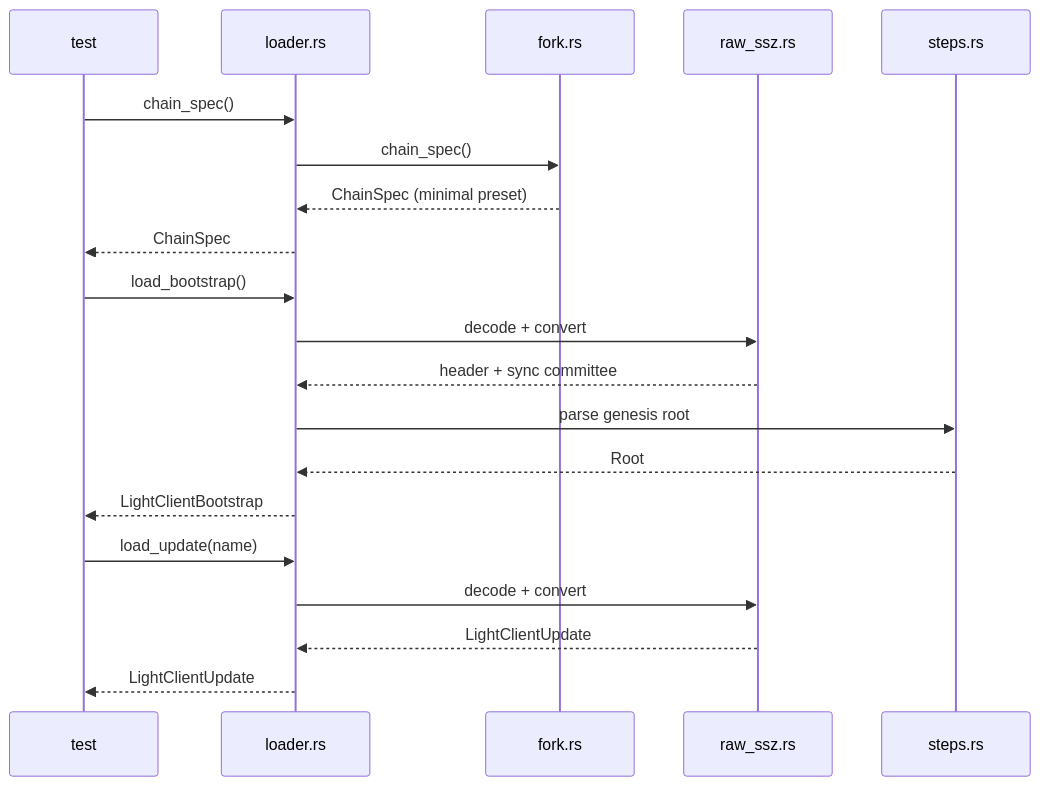
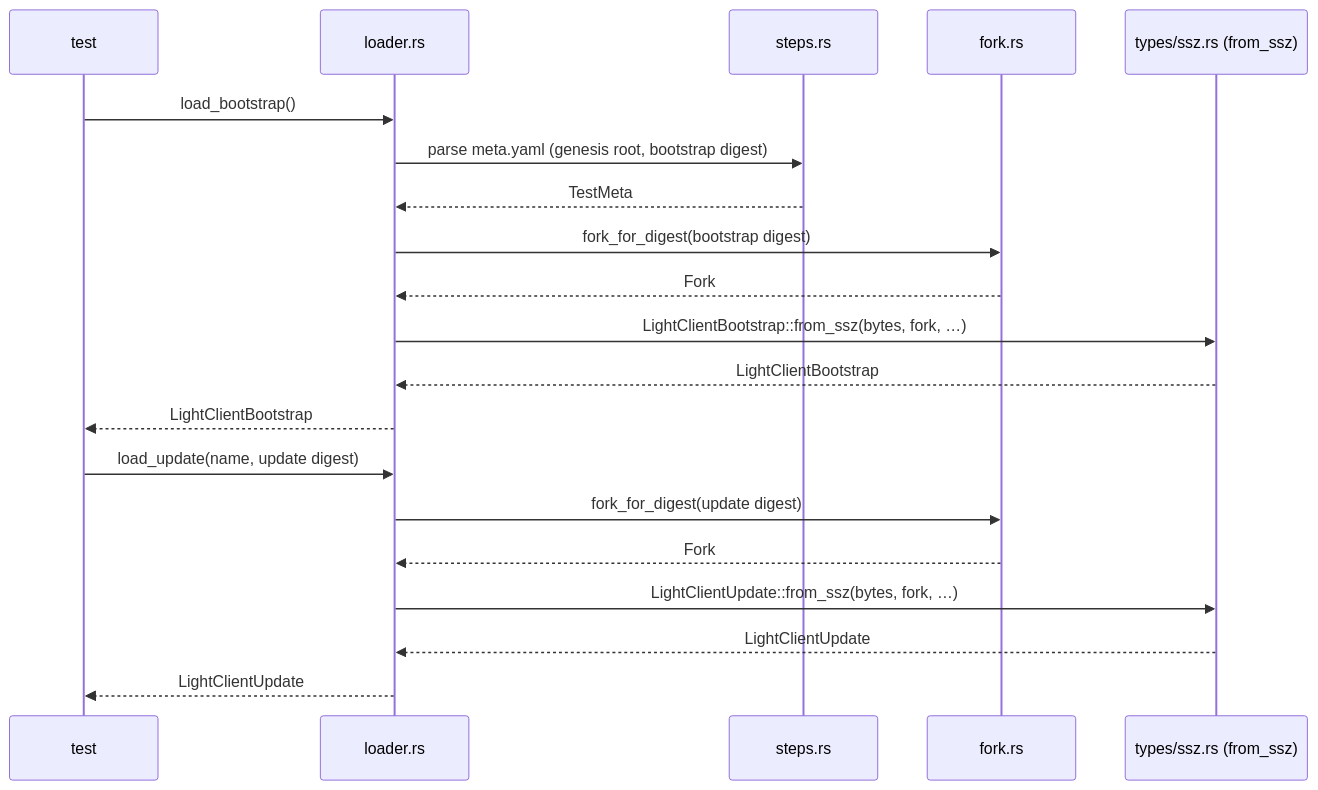
The diagram in src/test_utils/README.md (EchoAlice/eth-light-client), drawn with Mermaid before and after one commit. The commit also changed other lines of this file and 21 other files, not shown here.

First line of the commit message:
feat: Electra cross-fork sync (Deneb bootstrap → Electra updates) (#105)

````diff
--- a/src/test_utils/README.md
+++ b/src/test_utils/README.md
@@ -48,25 +50,24 @@
 ```mermaid
 sequenceDiagram
     participant T as test
     participant L as loader.rs
+    participant S as steps.rs
     participant F as fork.rs
-    participant R as raw_ssz.rs
-    participant S as steps.rs
-
-    T->>L: chain_spec()
-    L->>F: chain_spec()
-    F-->>L: ChainSpec (minimal preset)
-    L-->>T: ChainSpec
+    participant P as types/ssz.rs (from_ssz)
 
     T->>L: load_bootstrap()
-    L->>R: decode + convert
-    R-->>L: header + sync committee
-    L->>S: parse genesis root
-    S-->>L: Root
+    L->>S: parse meta.yaml (genesis root, bootstrap digest)
+    S-->>L: TestMeta
+    L->>F: fork_for_digest(bootstrap digest)
+    F-->>L: Fork
+    L->>P: LightClientBootstrap::from_ssz(bytes, fork, …)
+    P-->>L: LightClientBootstrap
     L-->>T: LightClientBootstrap
 
-    T->>L: load_update(name)
-    L->>R: decode + convert
-    R-->>L: LightClientUpdate
+    T->>L: load_update(name, update digest)
+    L->>F: fork_for_digest(update digest)
+    F-->>L: Fork
+    L->>P: LightClientUpdate::from_ssz(bytes, fork, …)
+    P-->>L: LightClientUpdate
     L-->>T: LightClientUpdate
 ```
````
